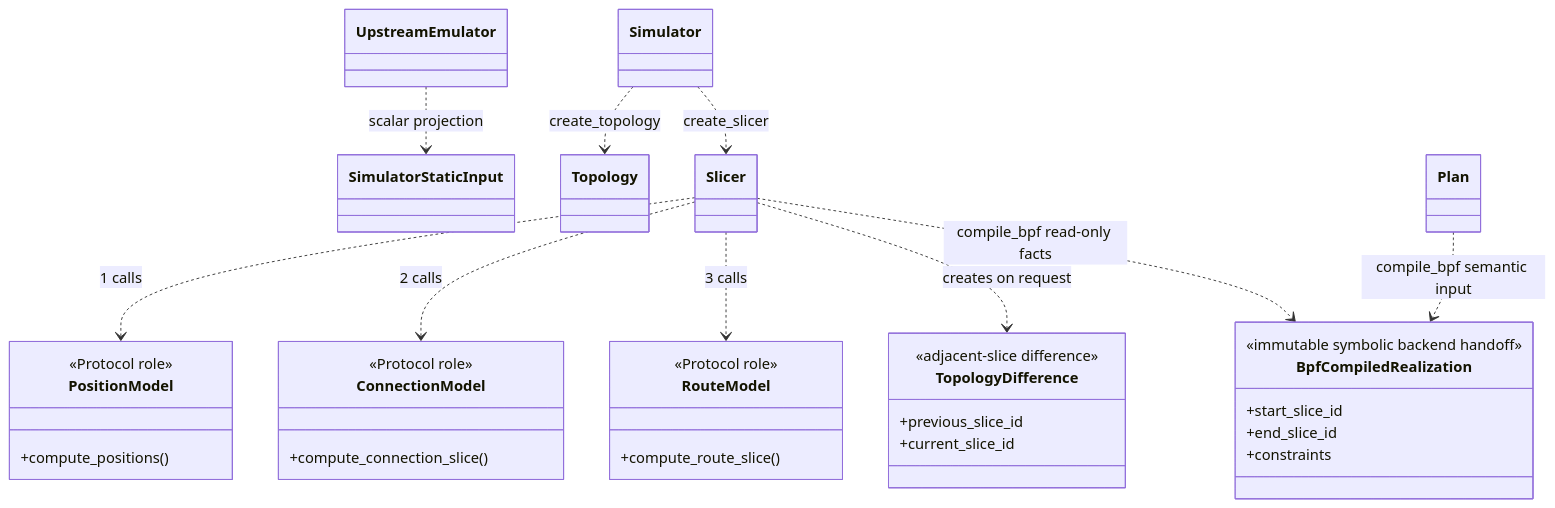
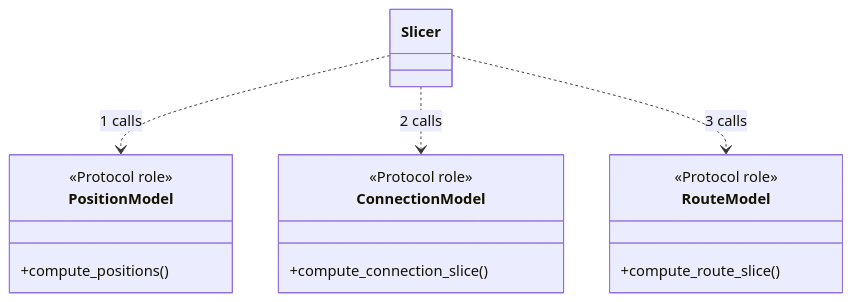
Before and after one commit to seed-labs/skyseed: diagram 11 of 12 in skyseed_v2/docs/human-readable/object-model.md, drawn with Mermaid. The commit also changed other lines of this file and 145 other files, not shown here.

````diff
--- a/skyseed_v2/docs/human-readable/object-model.md
+++ b/skyseed_v2/docs/human-readable/object-model.md
@@ -290,42 +371,19 @@
 ```mermaid
 classDiagram
-    class UpstreamEmulator
-    class SimulatorStaticInput
-    class Simulator
-    class Topology
     class Slicer
     class PositionModel {
         <<Protocol role>>
         +compute_positions()
     }
     class ConnectionModel {
         <<Protocol role>>
         +compute_connection_slice()
     }
     class RouteModel {
         <<Protocol role>>
         +compute_route_slice()
     }
-    class TopologyDifference {
-        <<adjacent-slice difference>>
-        +previous_slice_id
-        +current_slice_id
-    }
-    class Plan
-    class BpfCompiledRealization {
-        <<immutable symbolic backend handoff>>
-        +start_slice_id
-        +end_slice_id
-        +constraints
-    }
-
-    UpstreamEmulator ..> SimulatorStaticInput : scalar projection
-    Simulator ..> Topology : create_topology
-    Simulator ..> Slicer : create_slicer
     Slicer ..> PositionModel : 1 calls
     Slicer ..> ConnectionModel : 2 calls
     Slicer ..> RouteModel : 3 calls
-    Slicer ..> TopologyDifference : creates on request
-    Plan ..> BpfCompiledRealization : compile_bpf semantic input
-    Slicer ..> BpfCompiledRealization : compile_bpf read-only facts
 ```
````
